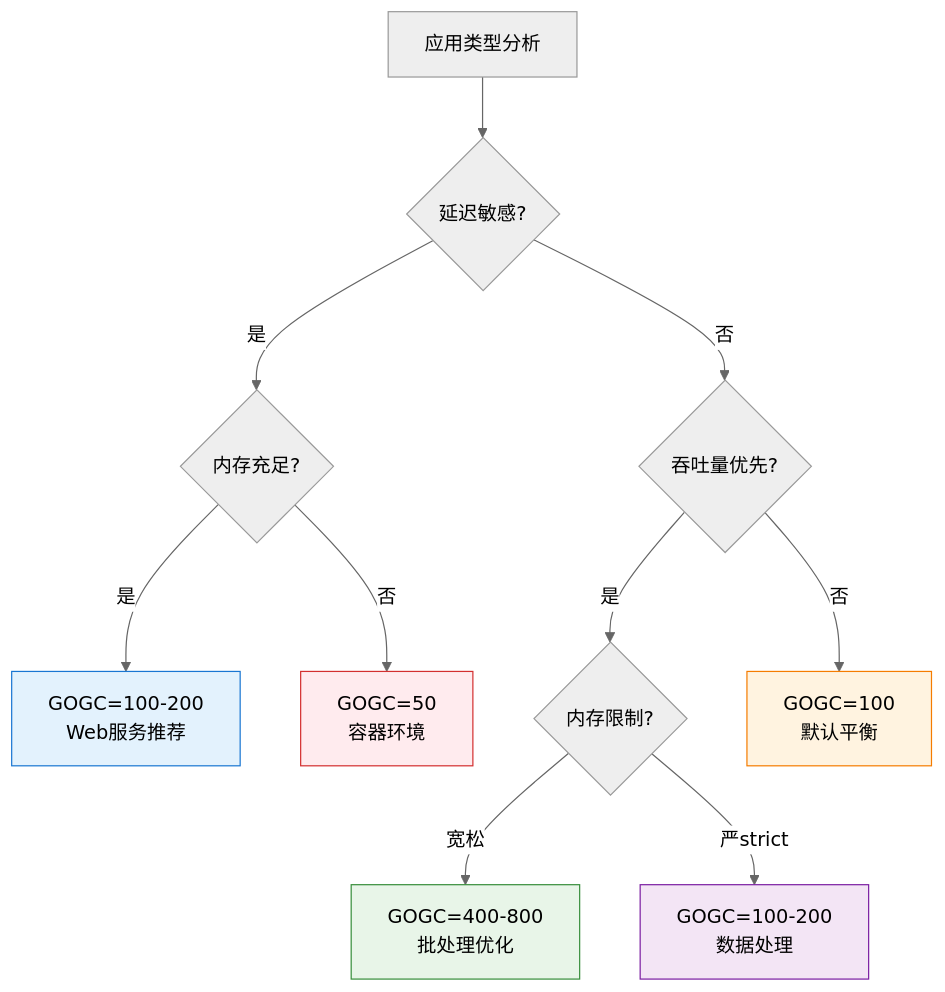
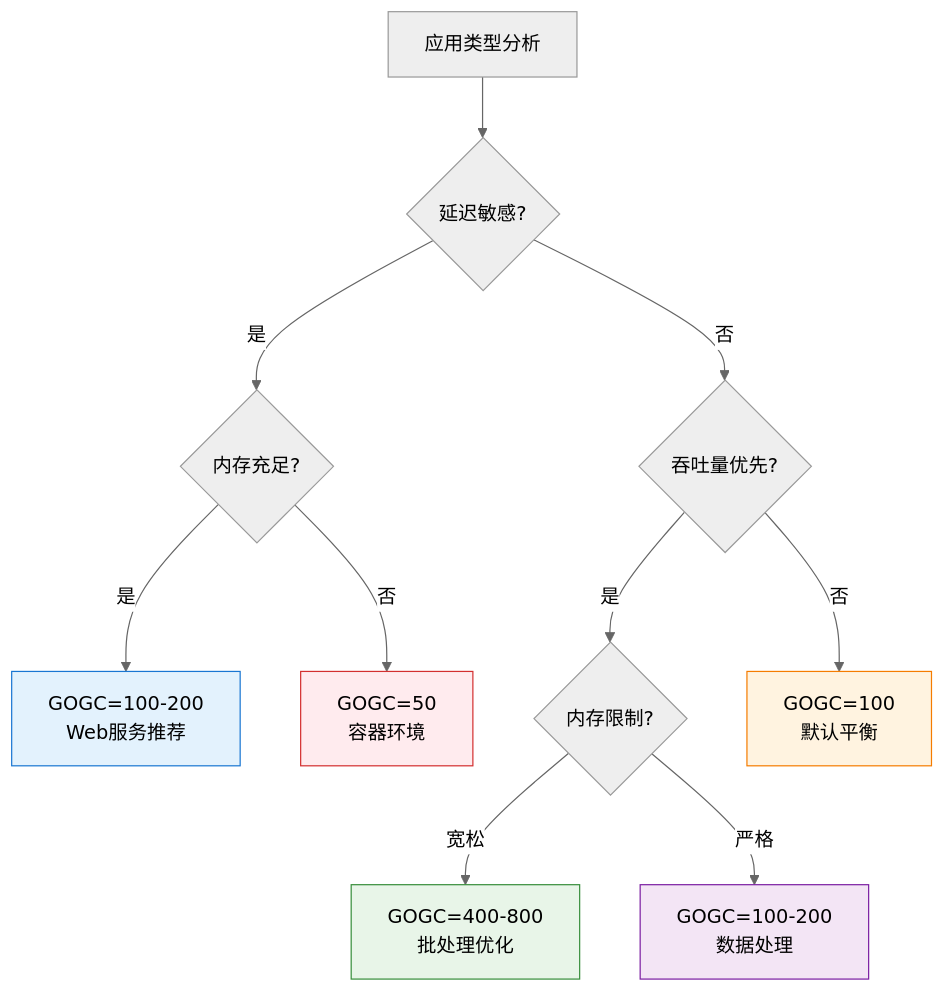
One commit to wujiachen0727/wujiachen0727.github.io changed the eighth of 8 diagrams in content/posts/Go GC机制深度解析：从标记清除到三色标记.md. Above: the diagram before and after it, drawn with Mermaid (neutral theme). The commit also changed 3 other files, not shown here.

Commit message:
优化mermaid渲染问题

````diff
--- a/content/posts/Go GC机制深度解析：从标记清除到三色标记.md
+++ b/content/posts/Go GC机制深度解析：从标记清除到三色标记.md
@@ -701,21 +701,21 @@
 ```mermaid
 graph TD
     A[应用类型分析] --> B{延迟敏感?}
     B -->|是| C{内存充足?}
     B -->|否| D{吞吐量优先?}
     
     C -->|是| E[GOGC=100-200<br/>Web服务推荐]
     C -->|否| F[GOGC=50<br/>容器环境]
     
     D -->|是| G{内存限制?}
     D -->|否| H[GOGC=100<br/>默认平衡]
     
     G -->|宽松| I[GOGC=400-800<br/>批处理优化]
-    G -->|严strict| J[GOGC=100-200<br/>数据处理]
+    G -->|严格| J[GOGC=100-200<br/>数据处理]
     
     style E fill:#e3f2fd,stroke:#1976d2
     style F fill:#ffebee,stroke:#d32f2f
     style I fill:#e8f5e8,stroke:#388e3c
     style H fill:#fff3e0,stroke:#f57c00
     style J fill:#f3e5f5,stroke:#7b1fa2
 ```
````
